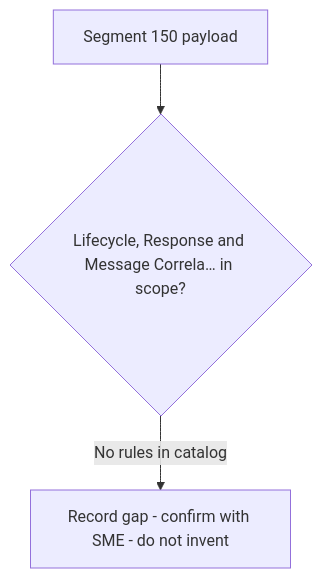
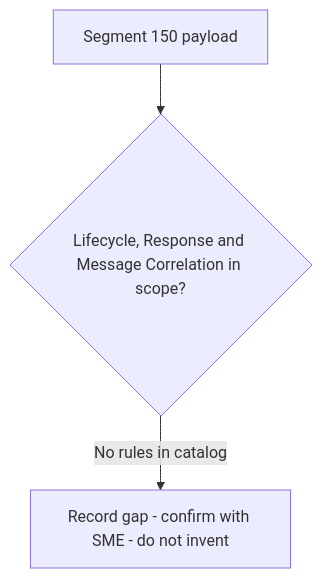
One commit to DhanSingh-hub/core-auth-ai-validation-framework changed the diagram in regression-artifact-validator/specifications/ATL105/docs/specs/kb/segment-150/lifecycle-response-correlation-flow.md. Above: the diagram before and after it, drawn with Mermaid. The commit also changed 150 other files, not shown here.

````diff
--- a/regression-artifact-validator/specifications/ATL105/docs/specs/kb/segment-150/lifecycle-response-correlation-flow.md
+++ b/regression-artifact-validator/specifications/ATL105/docs/specs/kb/segment-150/lifecycle-response-correlation-flow.md
@@ -3,5 +3,5 @@
 ```mermaid
 flowchart TD
-    A[Segment 150 payload] --> B{Lifecycle, Response and Message Correla… in scope?}
+    A[Segment 150 payload] --> B{Lifecycle, Response and Message Correlation in scope?}
     B -->|No rules in catalog| G[Record gap - confirm with SME - do not invent]
 ```
````
